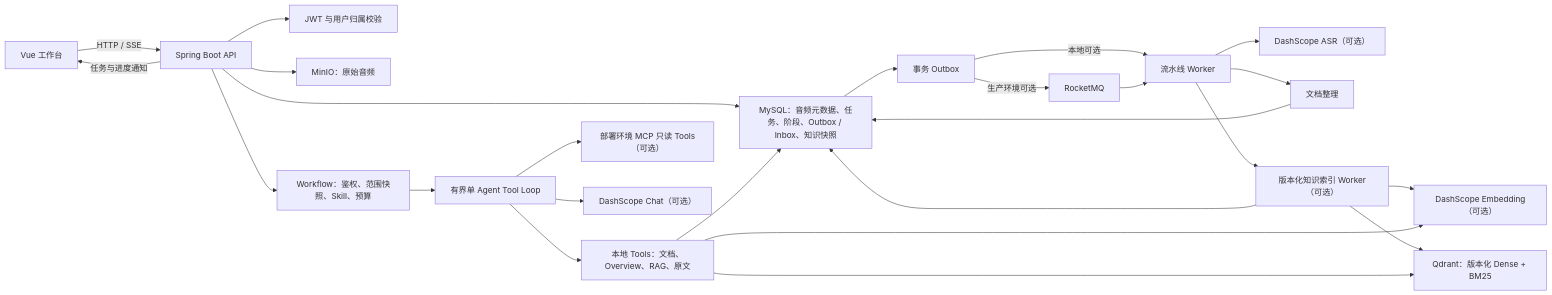
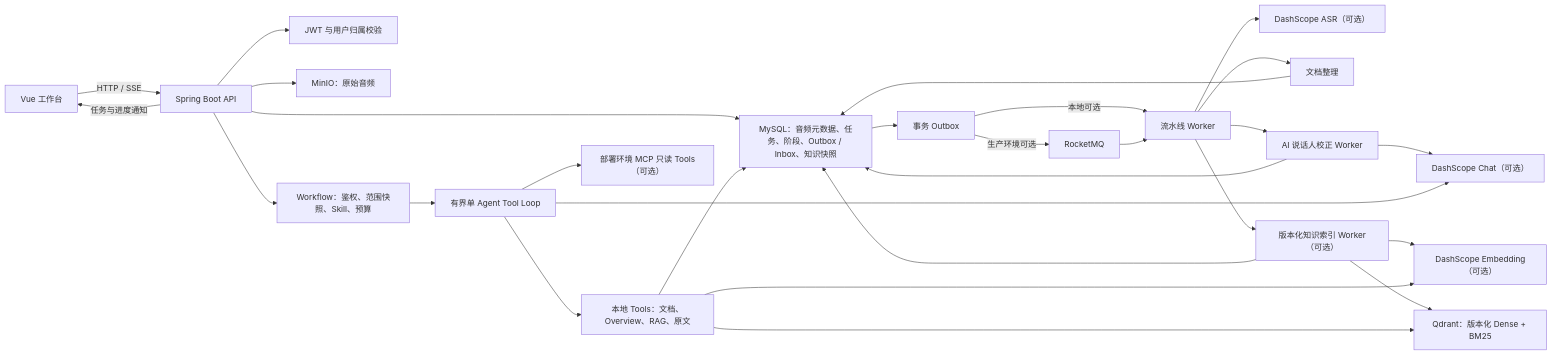
Before and after one commit to normalform3/voice-note: the diagram in README.md, drawn with Mermaid. The commit also changed other lines of this file and 43 other files, not shown here.

````diff
--- a/README.md
+++ b/README.md
@@ -37,30 +37,33 @@
 ```mermaid
 flowchart LR
     Browser["Vue 工作台"] -->|"HTTP / SSE"| Api["Spring Boot API"]
     Api --> Auth["JWT 与用户归属校验"]
     Api --> Mysql["MySQL：音频元数据、任务、阶段、Outbox / Inbox、知识快照"]
     Api --> Storage["MinIO：原始音频"]
 
     Mysql --> Outbox["事务 Outbox"]
     Outbox -->|"生产环境可选"| Mq["RocketMQ"]
     Outbox -->|"本地可选"| Workers["流水线 Worker"]
     Mq --> Workers
 
     Workers --> Asr["DashScope ASR（可选）"]
     Workers --> Organizer["文档整理"]
     Organizer --> Mysql
+    Workers --> Corrector["AI 说话人校正 Worker"]
+    Corrector --> Mysql
     Workers --> Indexer["版本化知识索引 Worker（可选）"]
     Indexer --> Mysql
     Indexer --> Embed["DashScope Embedding（可选）"]
     Indexer --> Qdrant["Qdrant：版本化 Dense + BM25"]
 
     Api --> Workflow["Workflow：鉴权、范围快照、Skill、预算"]
     Workflow --> Agent["有界单 Agent Tool Loop"]
     Agent --> Search["本地 Tools：文档、Overview、RAG、原文"]
     Agent --> Mcp["部署环境 MCP 只读 Tools（可选）"]
     Search --> Embed
     Search --> Qdrant
     Search --> Mysql
+    Corrector --> Chat
     Agent --> Chat["DashScope Chat（可选）"]
     Api -->|"任务与进度通知"| Browser
 ```
````
